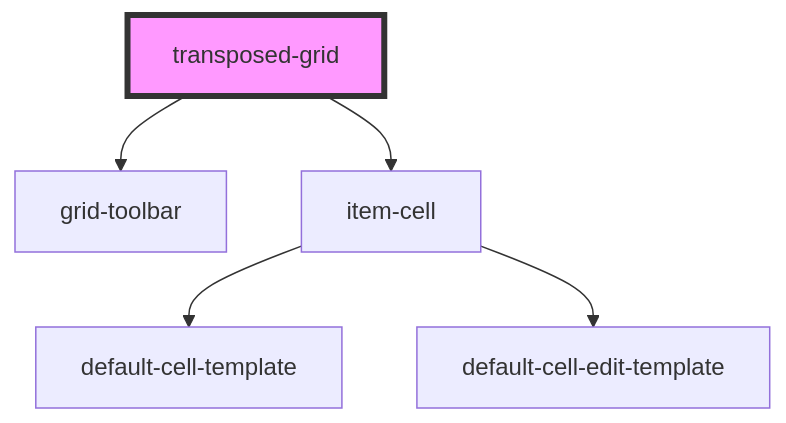
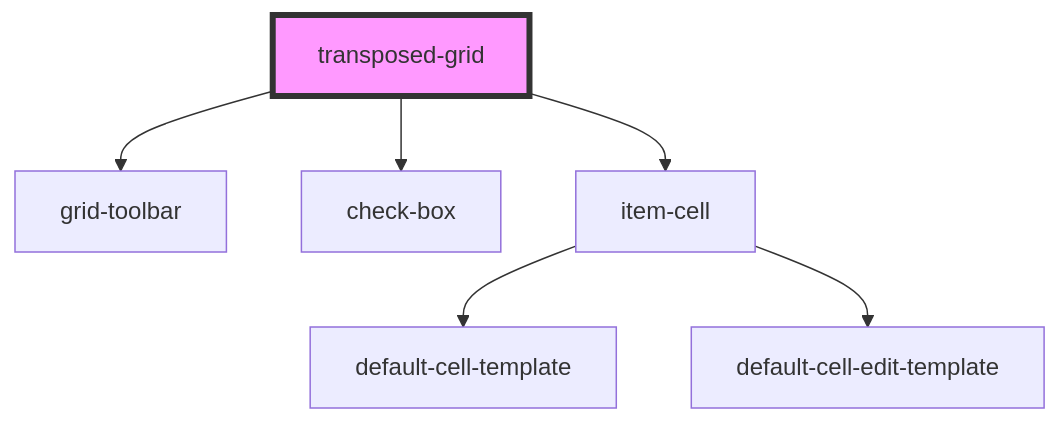
Before and after one commit to corentin703/transposed-grid: the diagram in transposed-grid/src/components/transposed-grid/readme.md, drawn with Mermaid. The commit also changed other lines of this file and 14 other files, not shown here.

````diff
--- a/transposed-grid/src/components/transposed-grid/readme.md
+++ b/transposed-grid/src/components/transposed-grid/readme.md
@@ -92,8 +94,9 @@
 ```mermaid
 graph TD;
   transposed-grid --> grid-toolbar
+  transposed-grid --> check-box
   transposed-grid --> item-cell
   item-cell --> default-cell-template
   item-cell --> default-cell-edit-template
   style transposed-grid fill:#f9f,stroke:#333,stroke-width:4px
 ```
````
